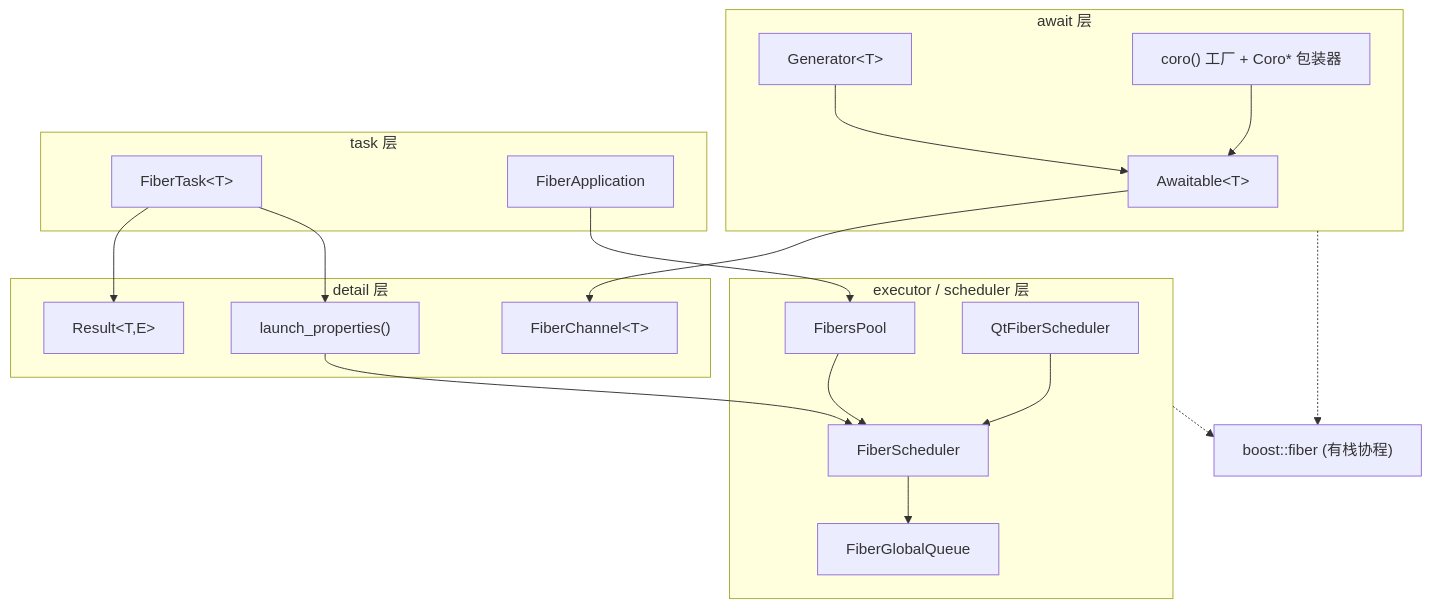
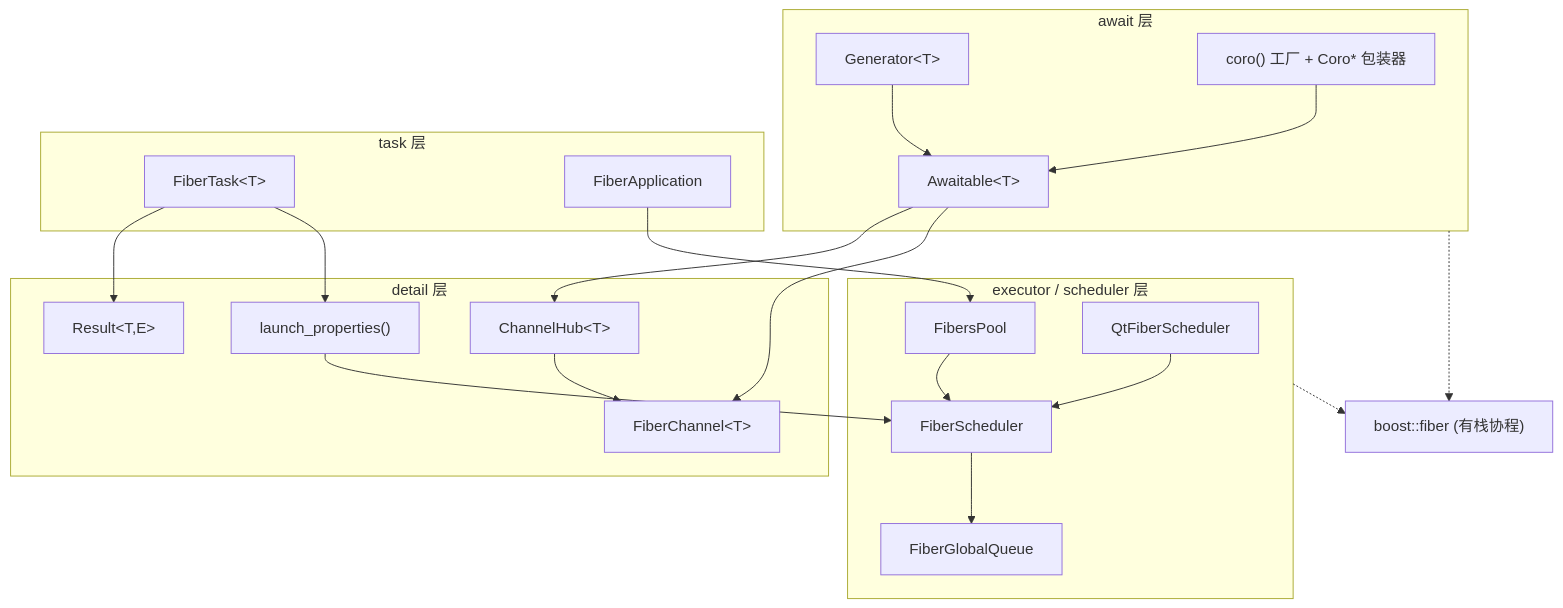
The first of 9 diagrams in doc/类图与时序图.md (Ste7an-cs/AsyncTask), drawn with Mermaid before and after one commit. The commit also changed other lines of this file and 8 other files, not shown here.

First line of the commit message:
docs: 按 ChannelHub 新结构同步设计与使用文档

````diff
--- a/doc/类图与时序图.md
+++ b/doc/类图与时序图.md
@@ -10,36 +10,39 @@
 ```mermaid
 flowchart TB
     subgraph await["await 层"]
         Awaitable["Awaitable&lt;T&gt;"]
         Generator["Generator&lt;T&gt;"]
         coro["coro() 工厂 + Coro* 包装器"]
     end
     subgraph task["task 层"]
         FiberTask["FiberTask&lt;T&gt;"]
         FiberApplication
     end
     subgraph exec["executor / scheduler 层"]
         FibersPool
         FiberScheduler
         QtFiberScheduler
         FiberGlobalQueue
     end
     subgraph detail["detail 层"]
         Result["Result&lt;T,E&gt;"]
         FiberChannel["FiberChannel&lt;T&gt;"]
+        ChannelHub["ChannelHub&lt;T&gt;"]
         launch["launch_properties()"]
     end
 
     coro --> Awaitable
     Generator --> Awaitable
+    Awaitable --> ChannelHub
     Awaitable --> FiberChannel
+    ChannelHub --> FiberChannel
     FiberTask --> Result
     FiberTask --> launch
     FiberApplication --> FibersPool
     launch --> FiberScheduler
     FibersPool --> FiberScheduler
     QtFiberScheduler --> FiberScheduler
     FiberScheduler --> FiberGlobalQueue
     await -.-> boost["boost::fiber (有栈协程)"]
     exec -.-> boost
 ```
````
